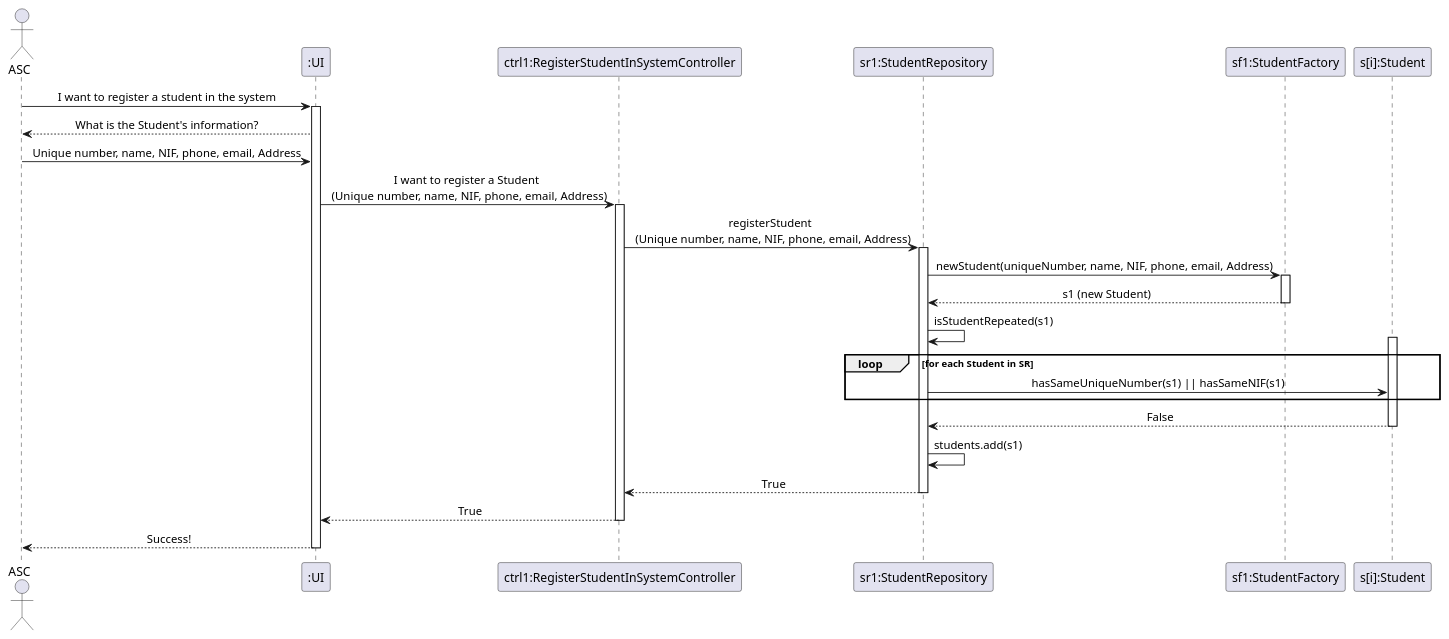
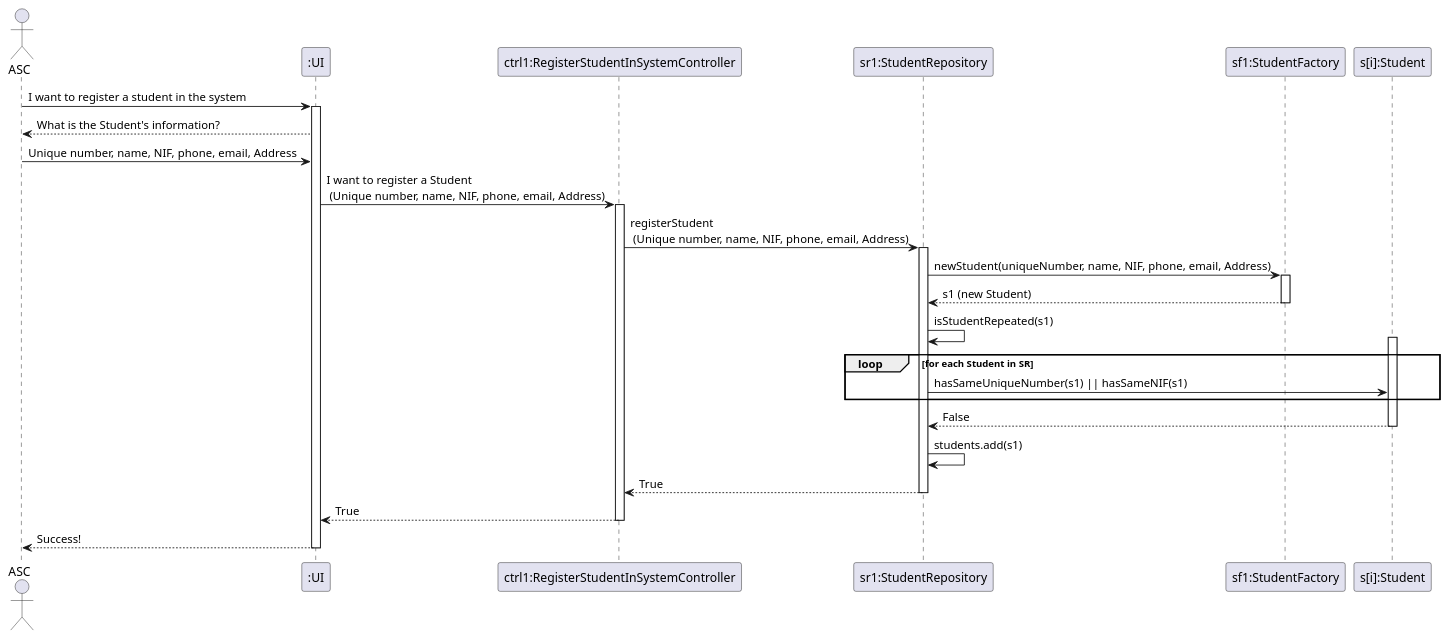
Before and after one commit to GasparISEP/DevOps-PAI: the diagram in docs/US08/US08_RegisterStudentInSystem.puml, drawn with PlantUML.

Commit message:
Minor fix in US08 SD

```diff
--- a/docs/US08/US08_RegisterStudentInSystem.puml
+++ b/docs/US08/US08_RegisterStudentInSystem.puml
@@ -1,44 +1,42 @@
 @startuml
-
-skinparam sequenceMessageAlign center
 
 actor ASC
 participant ":UI" as UI
 participant "ctrl1:RegisterStudentInSystemController" as ctrl
 participant "sr1:StudentRepository" as SR
 participant "sf1:StudentFactory" as SF
 participant "s[i]:Student" as Student
 
 ASC -> UI: I want to register a student in the system
 activate UI
 UI --> ASC: What is the Student's information?
 ASC -> UI: Unique number, name, NIF, phone, email, Address
 UI -> ctrl: I want to register a Student \n (Unique number, name, NIF, phone, email, Address)
 activate ctrl
 ctrl -> SR: registerStudent \n (Unique number, name, NIF, phone, email, Address)
 activate SR
 
 SR -> SF: newStudent(uniqueNumber, name, NIF, phone, email, Address)
 activate SF
 SF --> SR: s1 (new Student)
 deactivate SF
 
 SR -> SR : isStudentRepeated(s1)
 
 loop for each Student in SR
     activate Student
     SR -> Student: hasSameUniqueNumber(s1) || hasSameNIF(s1)
 end
 
 Student --> SR : False
 deactivate Student
 
 SR -> SR: students.add(s1)
 SR --> ctrl: True
 deactivate SR
 ctrl --> UI: True
 deactivate ctrl
 UI --> ASC: Success!
 deactivate UI
 
 @enduml
```
